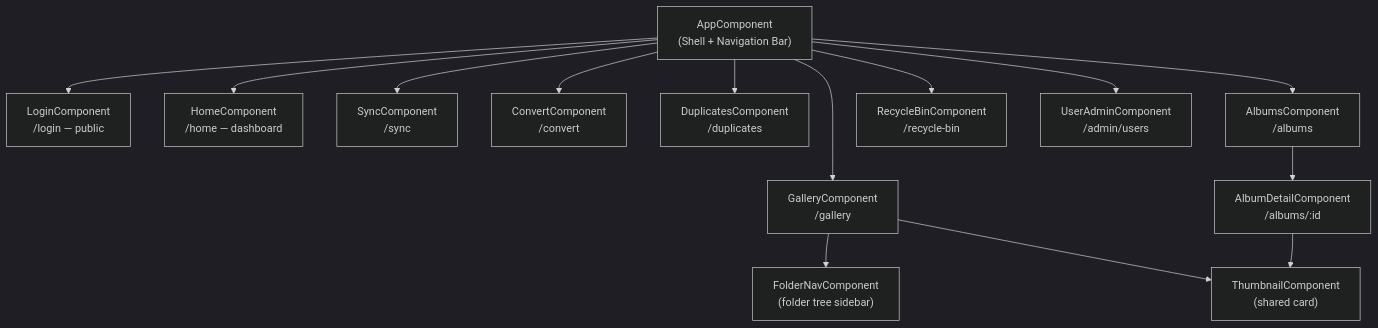
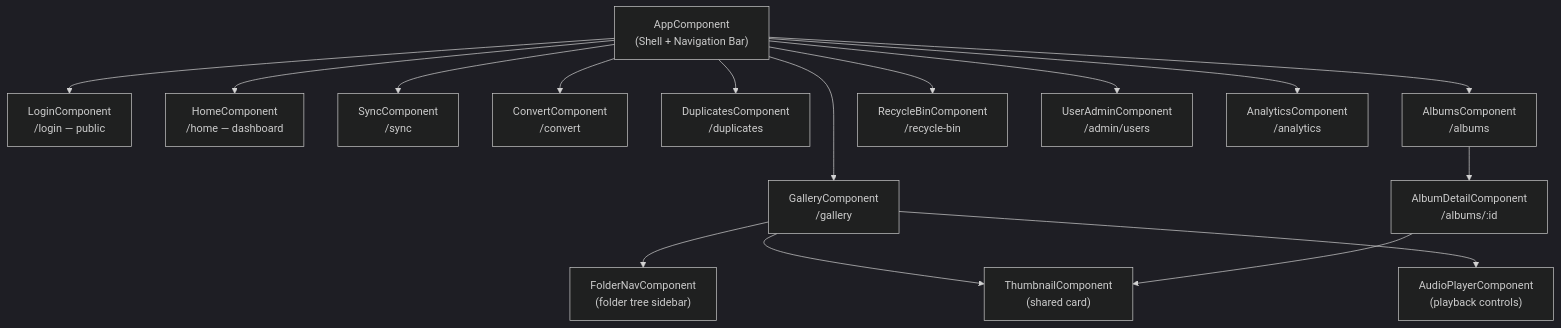
Before and after one commit to jpablodrexler/jp-photo-manager: the fourth of 6 diagrams in JPPhotoManagerWeb/README.md, drawn with Mermaid (dark theme). The commit also changed other lines of this file, not shown here.

````diff
--- a/JPPhotoManagerWeb/README.md
+++ b/JPPhotoManagerWeb/README.md
@@ -265,19 +301,21 @@
 ```mermaid
 graph TD
     App["AppComponent\n(Shell + Navigation Bar)"]
 
     App --> Login["LoginComponent\n/login — public"]
     App --> Home["HomeComponent\n/home — dashboard"]
     App --> Gallery["GalleryComponent\n/gallery"]
     App --> Sync["SyncComponent\n/sync"]
     App --> Convert["ConvertComponent\n/convert"]
     App --> Duplicates["DuplicatesComponent\n/duplicates"]
     App --> Albums["AlbumsComponent\n/albums"]
     App --> RecycleBin["RecycleBinComponent\n/recycle-bin"]
     App --> UserAdmin["UserAdminComponent\n/admin/users"]
+    App --> Analytics["AnalyticsComponent\n/analytics"]
 
     Gallery --> FolderNav["FolderNavComponent\n(folder tree sidebar)"]
     Gallery --> Thumbnail["ThumbnailComponent\n(shared card)"]
+    Gallery --> AudioPlayer["AudioPlayerComponent\n(playback controls)"]
     Albums --> AlbumDetail["AlbumDetailComponent\n/albums/:id"]
     AlbumDetail --> Thumbnail
 ```
````
